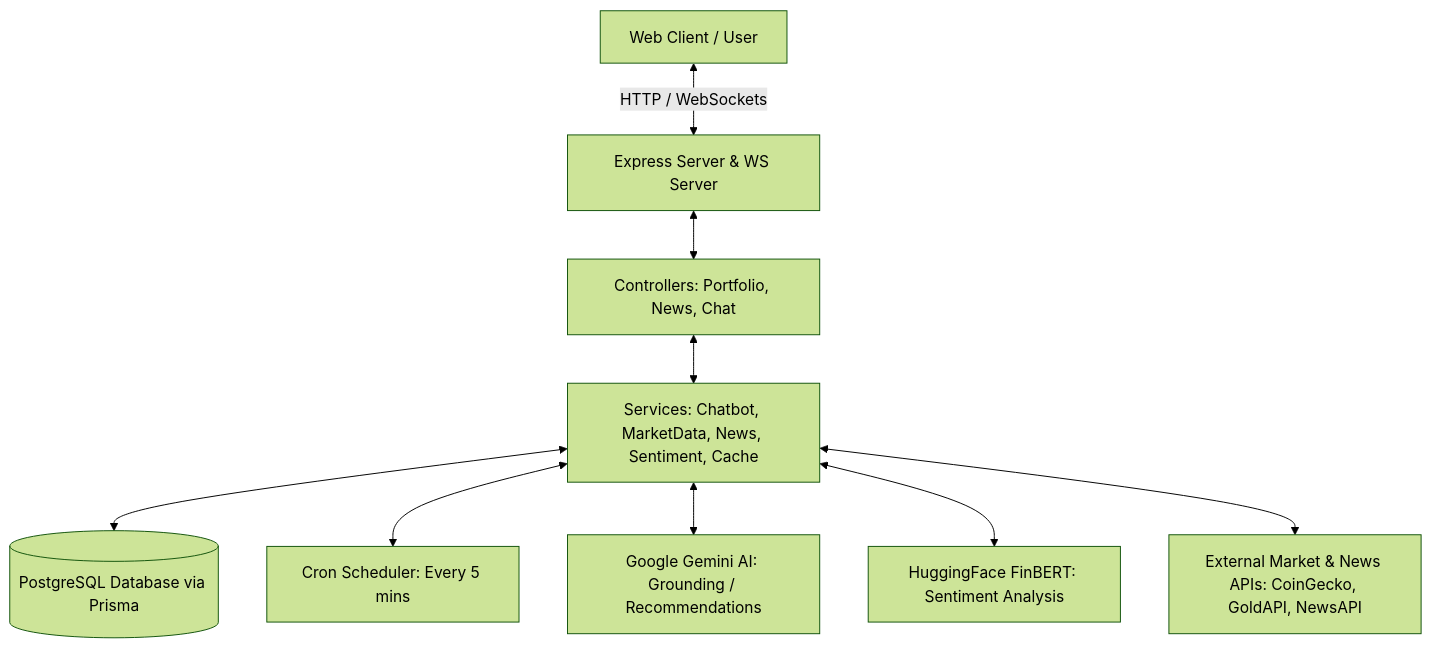
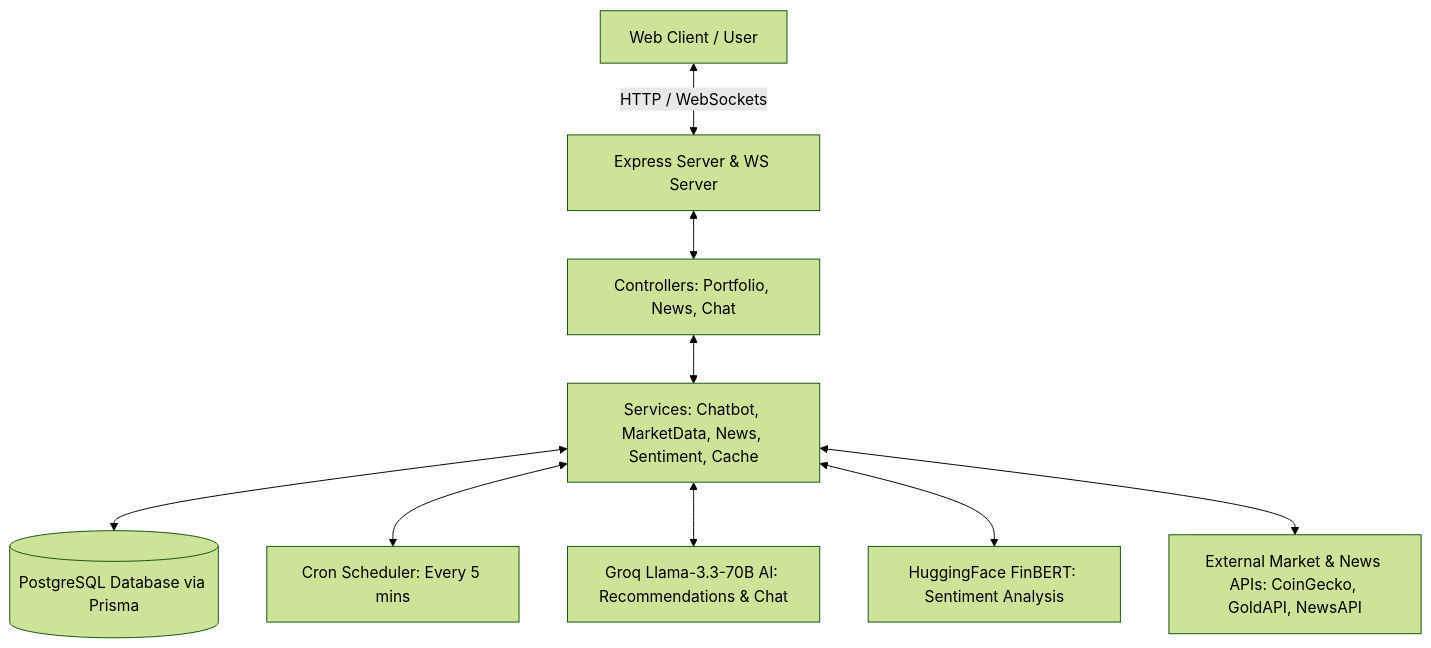
The diagram in PROJECT_OVERVIEW.md (punyajain1/FINENCIAL-AGENT-be), drawn with Mermaid (forest theme) before and after one commit. The commit also changed other lines of this file and 4 other files, not shown here.

Commit message:
feat: add Docs & Architecture tab with scrollspy navigation to UI

````diff
--- a/PROJECT_OVERVIEW.md
+++ b/PROJECT_OVERVIEW.md
@@ -13,11 +13,11 @@
 ```mermaid
 graph TD
     Client[Web Client / User] <-->|HTTP / WebSockets| Server[Express Server & WS Server]
     Server <--> Controllers[Controllers: Portfolio, News, Chat]
     Controllers <--> Services[Services: Chatbot, MarketData, News, Sentiment, Cache]
     Services <--> DB[(PostgreSQL Database via Prisma)]
     Services <--> Cron[Cron Scheduler: Every 5 mins]
-    Services <--> Gemini[Google Gemini AI: Grounding / Recommendations]
+    Services <--> Llama[Groq Llama-3.3-70B AI: Recommendations & Chat]
     Services <--> FinBERT[HuggingFace FinBERT: Sentiment Analysis]
     Services <--> ExtAPIs[External Market & News APIs: CoinGecko, GoldAPI, NewsAPI]
 ```
````
